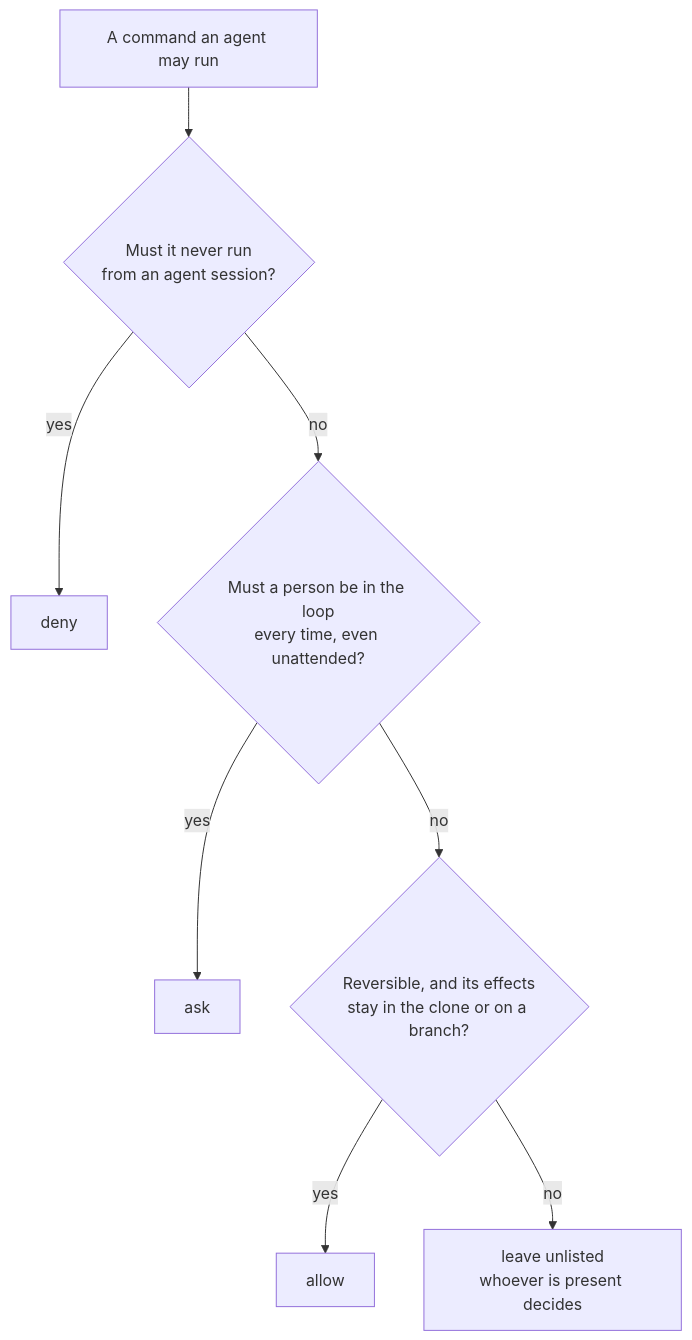
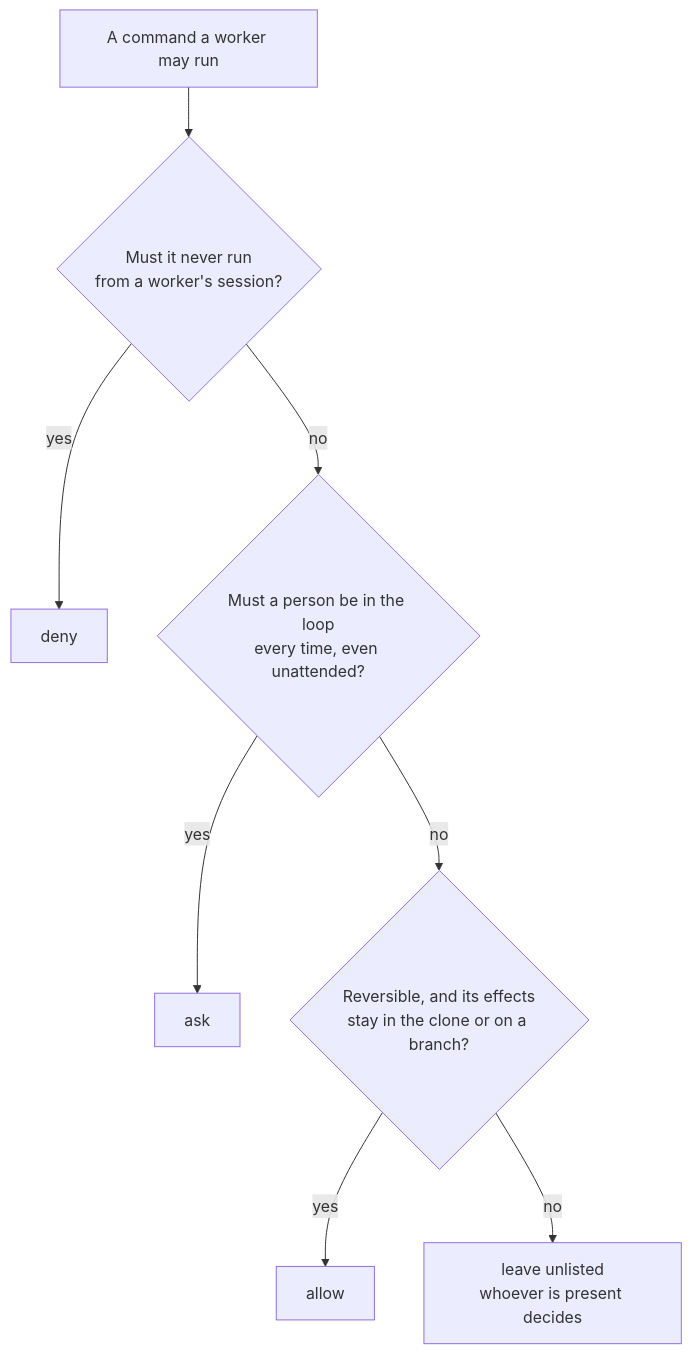
One commit to lmarqs/harness changed the diagram in docs/features/safety.md. Above: the diagram before and after it, drawn with Mermaid. The commit also changed other lines of this file and 67 other files, not shown here.

````diff
--- a/docs/features/safety.md
+++ b/docs/features/safety.md
@@ -88,10 +92,10 @@
 ```mermaid
 flowchart TD
-  c["A command an agent may run"] --> n{"Must it never run<br/>from an agent session?"}
+  c["A command a worker may run"] --> n{"Must it never run<br/>from a worker's session?"}
   n -- yes --> d["deny"]
   n -- no --> w{"Must a person be in the loop<br/>every time, even unattended?"}
   w -- yes --> k["ask"]
   w -- no --> r{"Reversible, and its effects<br/>stay in the clone or on a branch?"}
   r -- yes --> l["allow"]
   r -- no --> u["leave unlisted<br/>whoever is present decides"]
 ```
````
